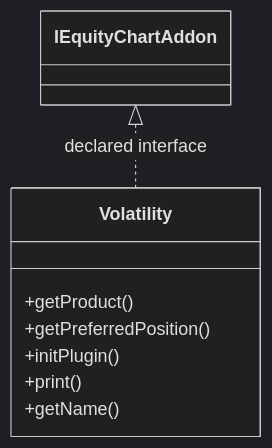
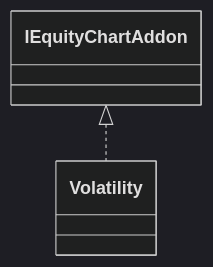
The diagram in docs/sqx/Results/EquityChartVolatility.md (haruperi/HaruQuantAI), drawn with Mermaid (dark theme) before and after one commit. The commit also changed other lines of this file and 1688 other files, not shown here.

````diff
--- a/docs/sqx/Results/EquityChartVolatility.md
+++ b/docs/sqx/Results/EquityChartVolatility.md
@@ -30,12 +26,6 @@
 ```mermaid
 classDiagram
-    class C4bfd90b4427c["Volatility"] {
-        +getProduct()
-        +getPreferredPosition()
-        +initPlugin()
-        +print()
-        +getName()
-    }
-    class C192f9089a204["IEquityChartAddon"]
-    C192f9089a204 <|.. C4bfd90b4427c : declared interface
+    class C0["Volatility"]
+    class E0["IEquityChartAddon"]
+    E0 <|.. C0
 ```
````
